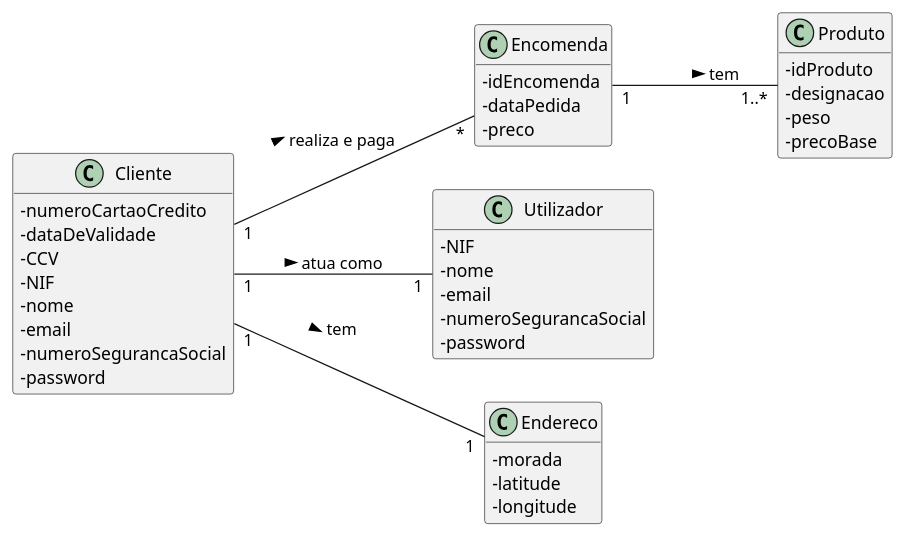
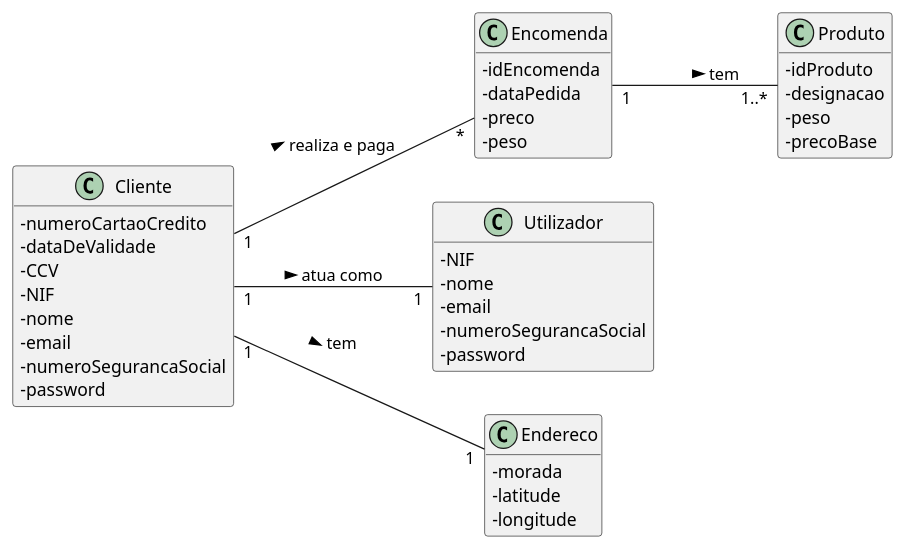
The diagram in docs/UC25/MD.puml (pedrolemos4/LAPR3), drawn with PlantUML before and after one commit. The commit also changed other lines of this file and 5 other files, not shown here.

```diff
--- a/docs/UC25/MD.puml
+++ b/docs/UC25/MD.puml
@@ -2,51 +1,52 @@
 @startuml
 skinparam classAttributeIconSize 0
 hide methods
 left to right direction
 
 
 class Encomenda {
   -idEncomenda
   -dataPedida
   -preco
+  -peso
 }
 
 class Produto {
   -idProduto
   -designacao
   -peso
   -precoBase
 }
 
 class Utilizador {
   -NIF
   -nome
   -email
   -numeroSegurancaSocial
   -password
 }
 
 class Endereco {
   -morada
   -latitude
   -longitude
 }
 
 class Cliente {
   -numeroCartaoCredito
   -dataDeValidade
   -CCV
   -NIF
   -nome
   -email
   -numeroSegurancaSocial
   -password
 }
 
 
 Cliente "1" -- "1" Utilizador: atua como >
 Cliente "1" -- "*" Encomenda: realiza e paga >
 Encomenda "1" -- "1..*" Produto: tem >
 Cliente "1" -- "1" Endereco: tem >
 
 @enduml
```
